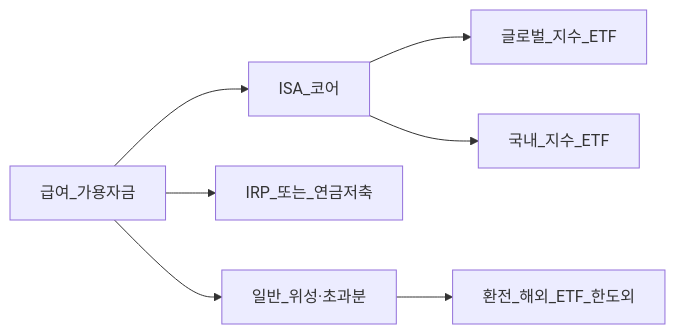
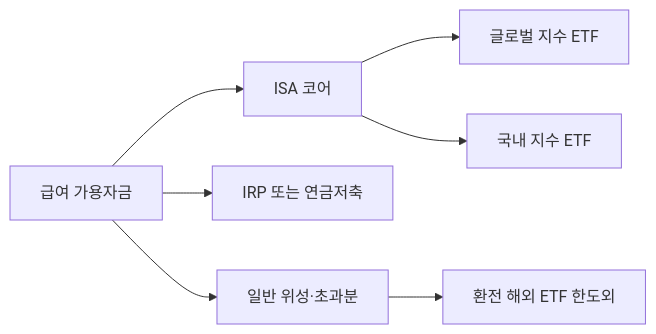
One commit to goldanghenry/Finances changed the third of 4 diagrams in 06-korea-policy/isa-irp-practical-setup.md. Above: the diagram before and after it, drawn with Mermaid. The commit also changed other lines of this file and 211 other files, not shown here.

````diff
--- a/06-korea-policy/isa-irp-practical-setup.md
+++ b/06-korea-policy/isa-irp-practical-setup.md
@@ -184,9 +193,9 @@
 ```mermaid
 flowchart LR
-  Cash[급여_가용자금] --> ISA[ISA_코어]
-  Cash --> IRP[IRP_또는_연금저축]
-  Cash --> Gen[일반_위성·초과분]
-  ISA --> G[글로벌_지수_ETF]
-  ISA --> K[국내_지수_ETF]
-  Gen --> H[환전_해외_ETF_한도외]
+  Cash["급여 가용자금"] --> ISA["ISA 코어"]
+  Cash --> IRP["IRP 또는 연금저축"]
+  Cash --> Gen["일반 위성·초과분"]
+  ISA --> G["글로벌 지수 ETF"]
+  ISA --> K["국내 지수 ETF"]
+  Gen --> H["환전 해외 ETF 한도외"]
 ```
````
